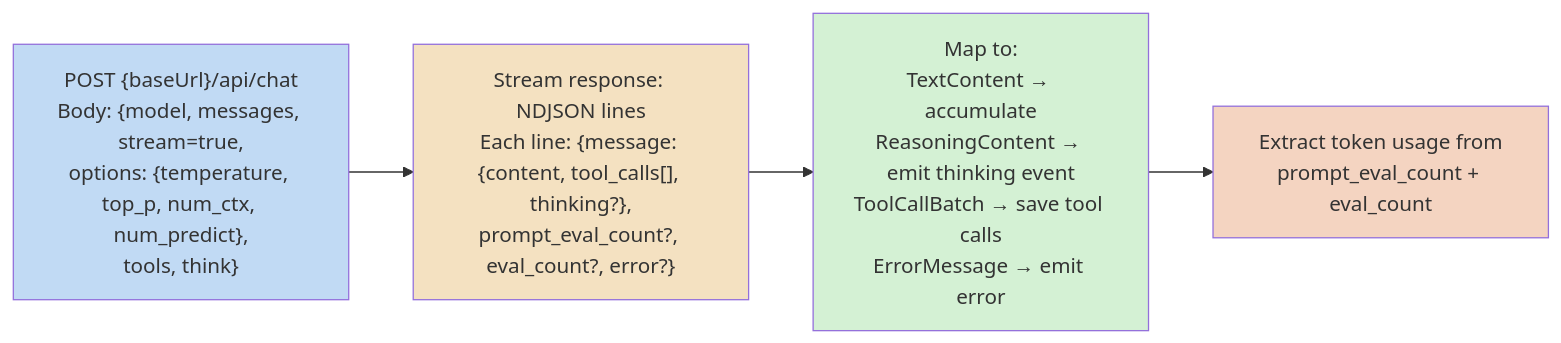
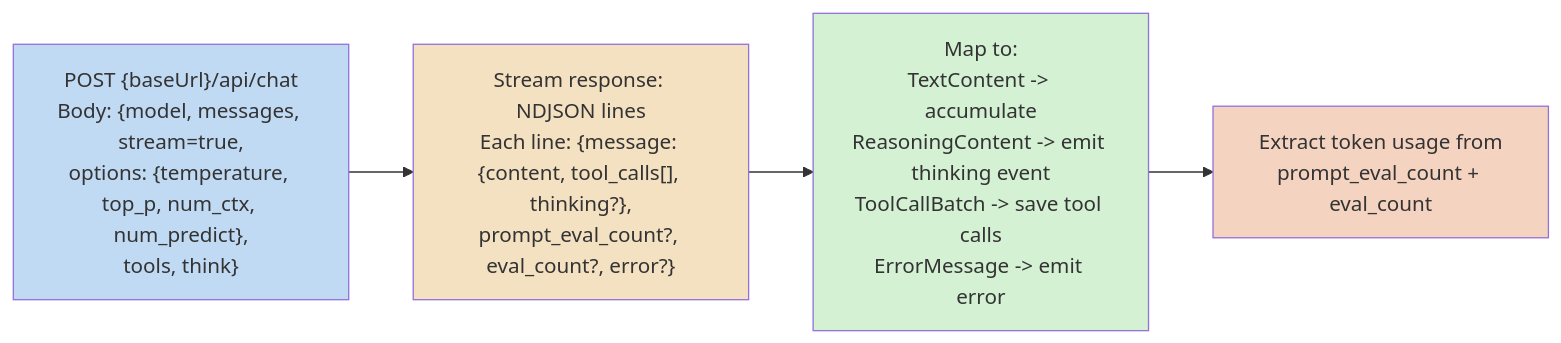
Before and after one commit to lg841226/Gradum: diagram 17 of 31 in docs/ARCHITECTURE.md, drawn with Mermaid. The commit also changed other lines of this file and 54 other files, not shown here.

````diff
--- a/docs/ARCHITECTURE.md
+++ b/docs/ARCHITECTURE.md
@@ -1246,11 +1249,11 @@
 ```mermaid
 flowchart LR
     REQ["POST {baseUrl}/api/chat<br/>Body: {model, messages, stream=true,<br/>options: {temperature, top_p, num_ctx, num_predict},<br/>tools, think}"]
     REQ --> STREAM["Stream response: NDJSON lines<br/>Each line: {message: {content, tool_calls[], thinking?},<br/>prompt_eval_count?, eval_count?, error?}"]
-    STREAM --> PARSE["Map to:<br/>TextContent → accumulate<br/>ReasoningContent → emit thinking event<br/>ToolCallBatch → save tool calls<br/>ErrorMessage → emit error"]
+    STREAM --> PARSE["Map to:<br/>TextContent -> accumulate<br/>ReasoningContent -> emit thinking event<br/>ToolCallBatch -> save tool calls<br/>ErrorMessage -> emit error"]
     PARSE --> TOKENS["Extract token usage from<br/>prompt_eval_count + eval_count"]
     style REQ fill: #c1daf4
     style STREAM fill: #f4e1c1
     style PARSE fill: #d4f1d4
     style TOKENS fill: #f4d4c1
 ```
````
